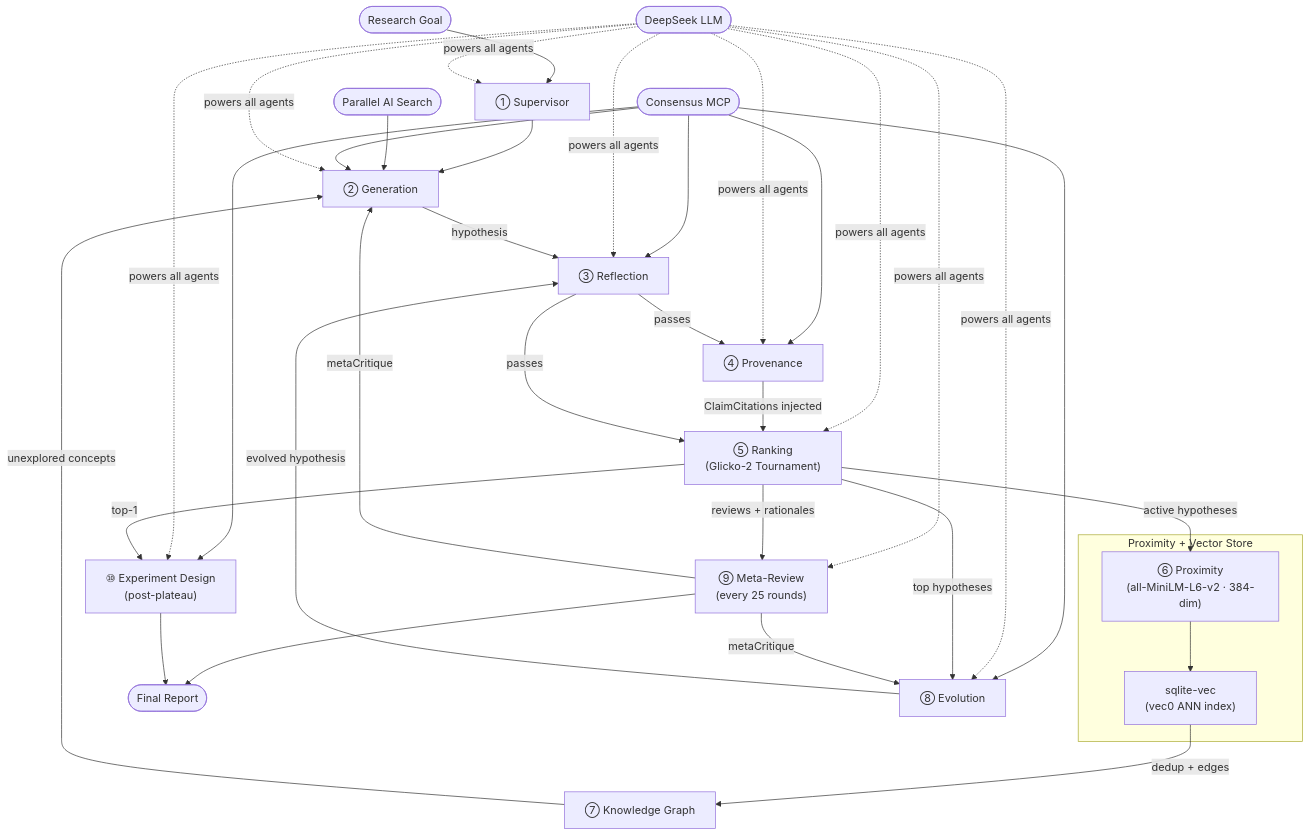
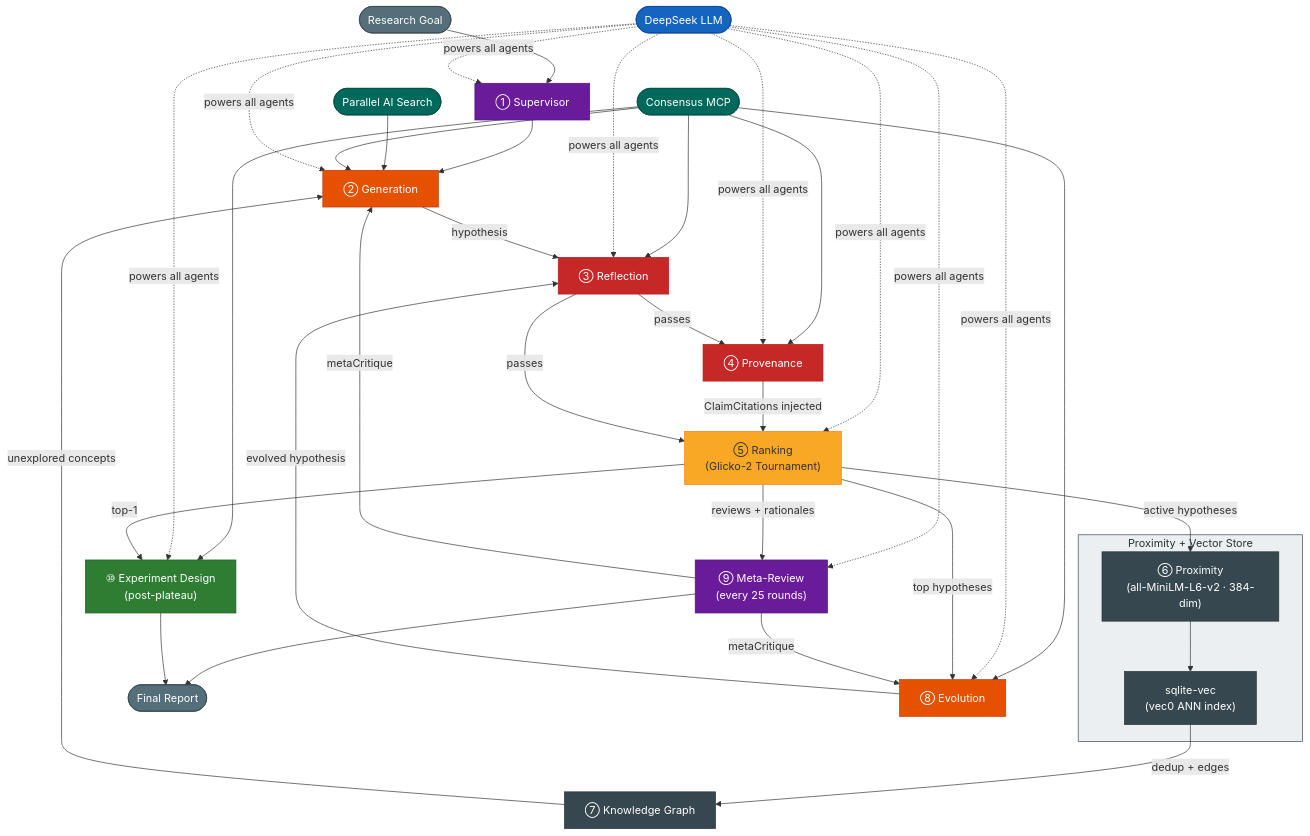
Before and after one commit to raktim-mondol/co-scientist: the diagram in README.md, drawn with Mermaid.

Commit message:
docs: add color styles to architecture diagram

````diff
--- a/README.md
+++ b/README.md
@@ -129,50 +129,77 @@
 ```mermaid
 flowchart TD
     GOAL(["Research Goal"])
     OUT(["Final Report"])
 
     DS(["DeepSeek LLM"])
     PAI(["Parallel AI Search"])
     CON(["Consensus MCP"])
 
     SUP["① Supervisor"]
     GEN["② Generation"]
     REF["③ Reflection"]
     PROV["④ Provenance"]
     RANK["⑤ Ranking<br/>(Glicko-2 Tournament)"]
 
     subgraph PROXVEC["Proximity + Vector Store"]
         PROX["⑥ Proximity<br/>(all-MiniLM-L6-v2 · 384-dim)"]
         VEC2["sqlite-vec<br/>(vec0 ANN index)"]
         PROX --> VEC2
     end
 
     KG["⑦ Knowledge Graph"]
     EVOL["⑧ Evolution"]
     META["⑨ Meta-Review<br/>(every 25 rounds)"]
     DESIGN["⑩ Experiment Design<br/>(post-plateau)"]
 
+    %% ── Main flow ────────────────────────────────────────────────
     GOAL --> SUP --> GEN
+
     PAI --> GEN
     CON --> GEN
     CON --> REF
     CON --> PROV
     CON --> EVOL
     CON --> DESIGN
+
     DS -.->|powers all agents| SUP & GEN & REF & PROV & RANK & EVOL & META & DESIGN
+
     GEN -->|hypothesis| REF
     REF -->|passes| PROV
     PROV -->|ClaimCitations injected| RANK
     REF -->|passes| RANK
     RANK -->|top hypotheses| EVOL
     EVOL -->|evolved hypothesis| REF
+
     RANK -->|active hypotheses| PROX
     VEC2 -->|dedup + edges| KG
     KG -->|unexplored concepts| GEN
+
     RANK -->|reviews + rationales| META
     META -->|metaCritique| GEN
     META -->|metaCritique| EVOL
+
     RANK -->|top-1| DESIGN
+
     META --> OUT
     DESIGN --> OUT
+
+    %% ── Colors ───────────────────────────────────────────────────
+    style GOAL     fill:#546E7A,color:#fff,stroke:#37474F
+    style OUT      fill:#546E7A,color:#fff,stroke:#37474F
+    style DS       fill:#1565C0,color:#fff,stroke:#0D47A1
+    style PAI      fill:#00695C,color:#fff,stroke:#004D40
+    style CON      fill:#00695C,color:#fff,stroke:#004D40
+    style SUP      fill:#6A1B9A,color:#fff,stroke:#4A148C
+    style META     fill:#6A1B9A,color:#fff,stroke:#4A148C
+    style GEN      fill:#E65100,color:#fff,stroke:#BF360C
+    style EVOL     fill:#E65100,color:#fff,stroke:#BF360C
+    style REF      fill:#C62828,color:#fff,stroke:#B71C1C
+    style PROV     fill:#C62828,color:#fff,stroke:#B71C1C
+    style RANK     fill:#F9A825,color:#333,stroke:#F57F17
+    style PROX     fill:#37474F,color:#fff,stroke:#263238
+    style VEC2     fill:#37474F,color:#fff,stroke:#263238
+    style KG       fill:#37474F,color:#fff,stroke:#263238
+    style DESIGN   fill:#2E7D32,color:#fff,stroke:#1B5E20
+    style PROXVEC  fill:#ECEFF1,stroke:#37474F,color:#263238
 ```
````
